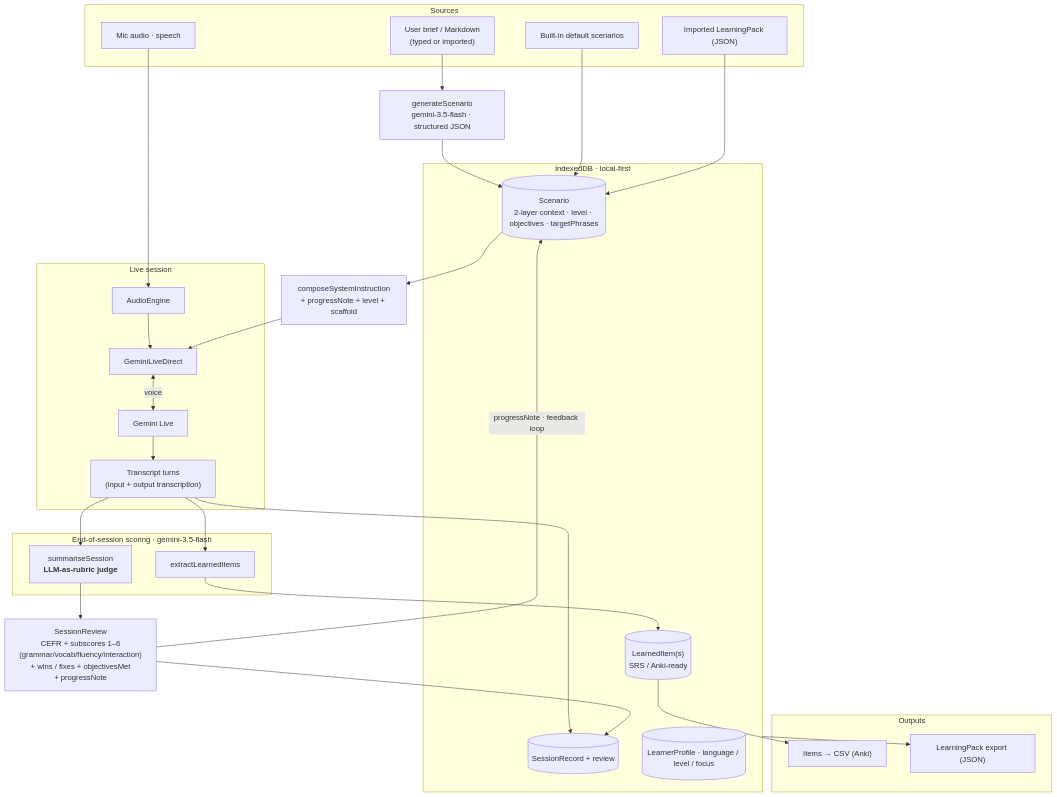
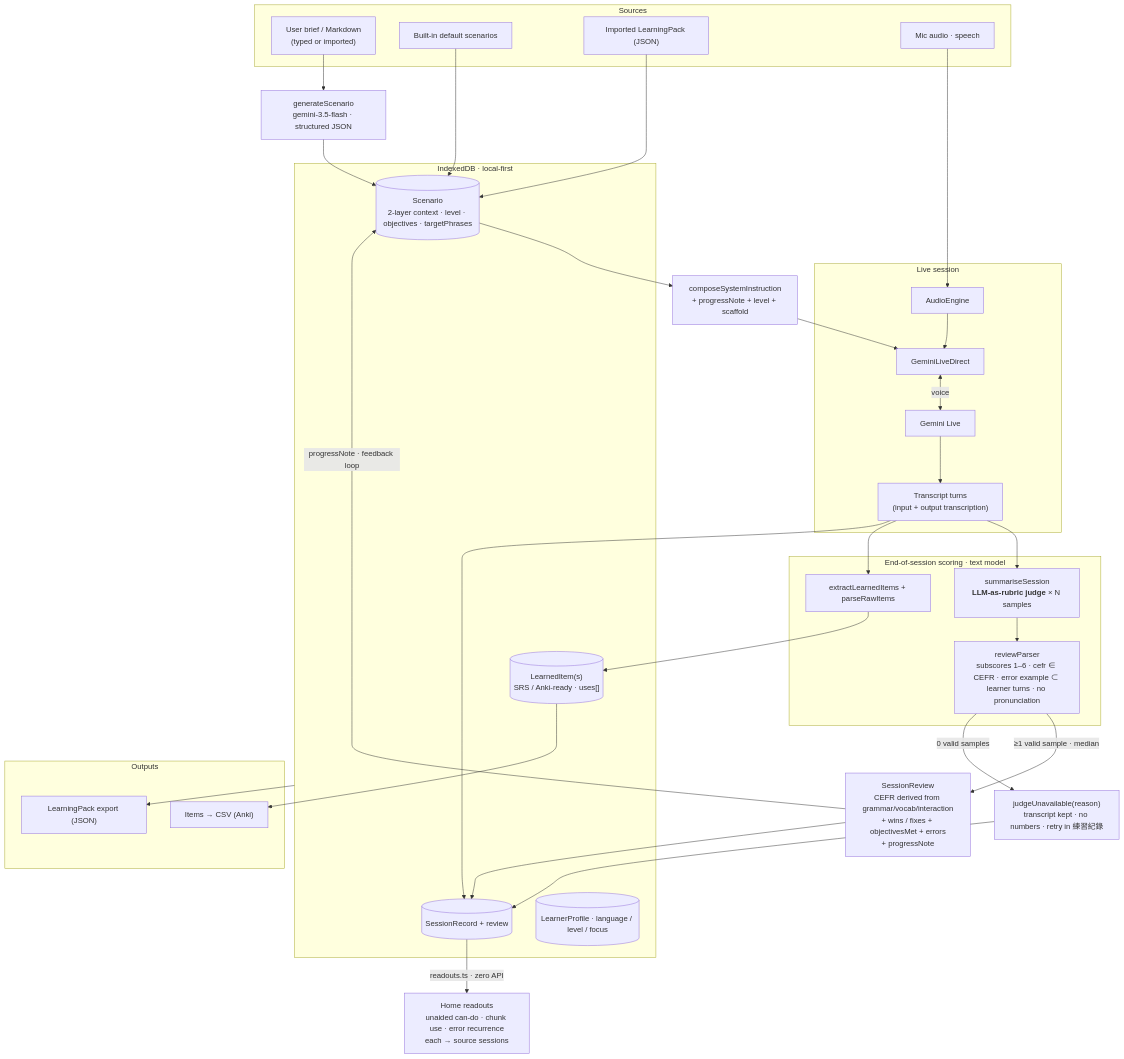
Before and after one commit to ZeroAlcoholic/eng-coach: the third of 3 diagrams in ARCHITECTURE.md, drawn with Mermaid. The commit also changed other lines of this file and 19 other files, not shown here.

````diff
--- a/ARCHITECTURE.md
+++ b/ARCHITECTURE.md
@@ -119,48 +121,52 @@
 ```mermaid
 flowchart TB
   subgraph Sources["Sources"]
     Brief["User brief / Markdown<br/>(typed or imported)"]
     Defaults["Built-in default scenarios"]
     PackIn["Imported LearningPack (JSON)"]
     Mic["Mic audio · speech"]
   end
 
   Gen["generateScenario<br/>gemini-3.5-flash · structured JSON"]
   Scen[("Scenario<br/>2-layer context · level · objectives · targetPhrases")]
   Brief --> Gen --> Scen
   Defaults --> Scen
   PackIn --> Scen
 
   subgraph LiveSession["Live session"]
     Mic --> AE["AudioEngine"] --> GLD["GeminiLiveDirect"]
     GLD <-->|"voice"| GLive["Gemini Live"]
     GLive --> TR["Transcript turns<br/>(input + output transcription)"]
   end
   Scen --> Prompt["composeSystemInstruction<br/>+ progressNote + level + scaffold"] --> GLD
 
-  subgraph Scoring["End-of-session scoring · gemini-3.5-flash"]
-    Judge["summariseSession<br/><b>LLM-as-rubric judge</b>"]
-    Extract["extractLearnedItems"]
+  subgraph Scoring["End-of-session scoring · text model"]
+    Judge["summariseSession<br/><b>LLM-as-rubric judge</b> × N samples"]
+    Val["reviewParser<br/>subscores 1–6 · cefr ∈ CEFR · error example ⊂ learner turns · no pronunciation"]
+    Extract["extractLearnedItems + parseRawItems"]
   end
-  TR --> Judge
+  TR --> Judge --> Val
   TR --> Extract
-  Judge --> Review["SessionReview<br/>CEFR + subscores 1–6<br/>(grammar/vocab/fluency/interaction)<br/>+ wins / fixes + objectivesMet<br/>+ progressNote"]
-  Extract --> Items[("LearnedItem(s)<br/>SRS / Anki-ready")]
+  Val -->|"≥1 valid sample · median"| Review["SessionReview<br/>CEFR derived from grammar/vocab/interaction<br/>+ wins / fixes + objectivesMet + errors<br/>+ progressNote"]
+  Val -->|"0 valid samples"| Unavail["judgeUnavailable(reason)<br/>transcript kept · no numbers · retry in 練習紀錄"]
+  Extract --> Items[("LearnedItem(s)<br/>SRS / Anki-ready · uses[]")]
 
   subgraph Store["IndexedDB · local-first"]
     Sess[("SessionRecord + review")]
     Items
     Scen
     Prof[("LearnerProfile · language / level / focus")]
   end
   TR --> Sess
   Review --> Sess
+  Unavail --> Sess
   Review -->|"progressNote · feedback loop"| Scen
+  Sess -->|"readouts.ts · zero API"| Read["Home readouts<br/>unaided can-do · chunk use · error recurrence<br/>each → source sessions"]
 
   subgraph Out["Outputs"]
     CSV["Items → CSV (Anki)"]
     PackOut["LearningPack export (JSON)"]
   end
   Items --> CSV
   Store --> PackOut
 ```
````
